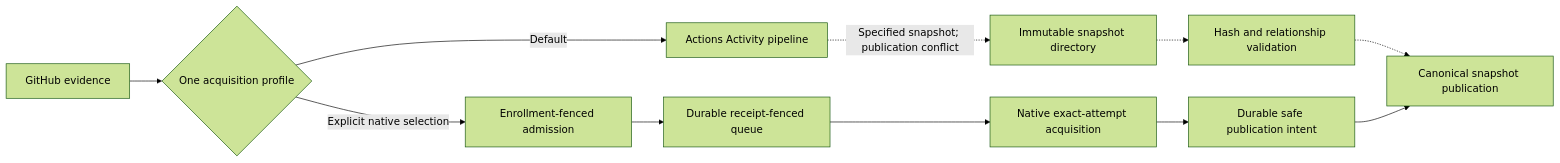
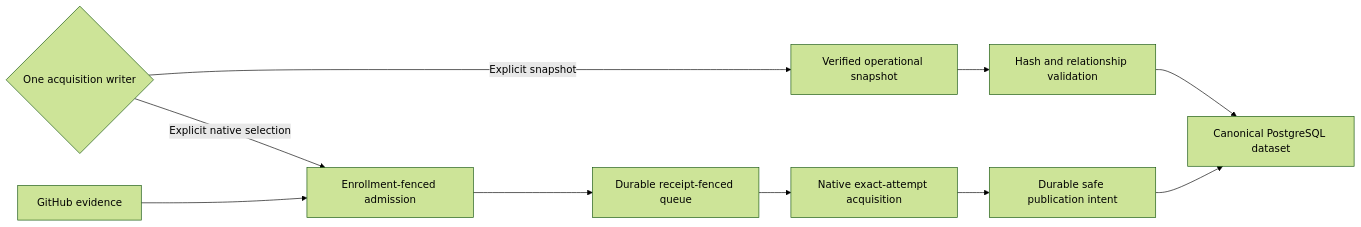
The third of 15 diagrams in docs/dashboard-data-architecture.md (githubnext/gh-cao), drawn with Mermaid (forest theme) before and after one commit. The commit also changed other lines of this file and 10 other files, not shown here.

Commit message:
Remove obsolete Actions snapshot publication guidance

````diff
--- a/docs/dashboard-data-architecture.md
+++ b/docs/dashboard-data-architecture.md
@@ -127,15 +127,14 @@
 ```mermaid
 flowchart LR
   accTitle: Mutually exclusive acquisition profiles
-  accDescr: The default Actions profile is specified to produce an immutable snapshot for verification and canonical publication. Current operator guidance says no Actions workflow publishes an operational artifact, so that step is a source conflict. The optional native collector acquires exact-attempt evidence through durable admission and publication. Both feed the same canonical model, but must not co-write one dataset.
-  GitHub["GitHub evidence"] --> Choice{"One acquisition profile"}
-  Choice -->|Default| Actions["Actions Activity pipeline"]
-  Actions -.->|"Specified snapshot; publication conflict"| Artifact["Immutable snapshot directory"]
-  Artifact -.-> Verify["Hash and relationship validation"]
-  Verify -.-> Snapshot["Canonical snapshot publication"]
+  accDescr: An explicitly acquired operational snapshot is verified before ingestion. The optional native collector acquires exact-attempt GitHub evidence through durable admission and publication. These paths feed the same canonical model, but must not co-write one dataset.
+  Choice{"One acquisition writer"} -->|Explicit snapshot| Artifact["Verified operational snapshot"]
+  Artifact --> Verify["Hash and relationship validation"]
+  Verify --> Snapshot["Canonical PostgreSQL dataset"]
   Choice -->|Explicit native selection| Admission["Enrollment-fenced admission"]
+  GitHub["GitHub evidence"] --> Admission
   Admission --> Queue["Durable receipt-fenced queue"]
   Queue --> Native["Native exact-attempt acquisition"]
   Native --> Intent["Durable safe publication intent"]
   Intent --> Snapshot
 ```
````
